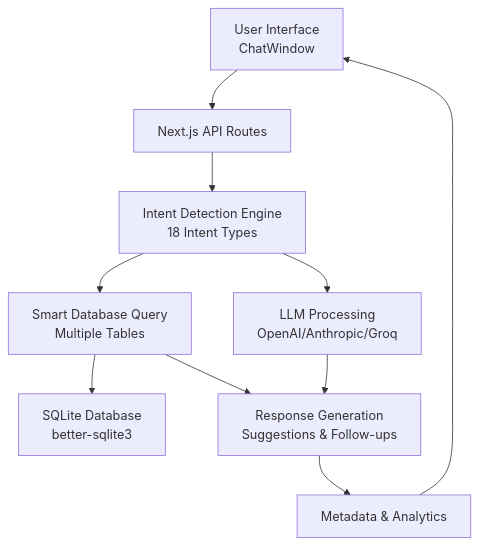
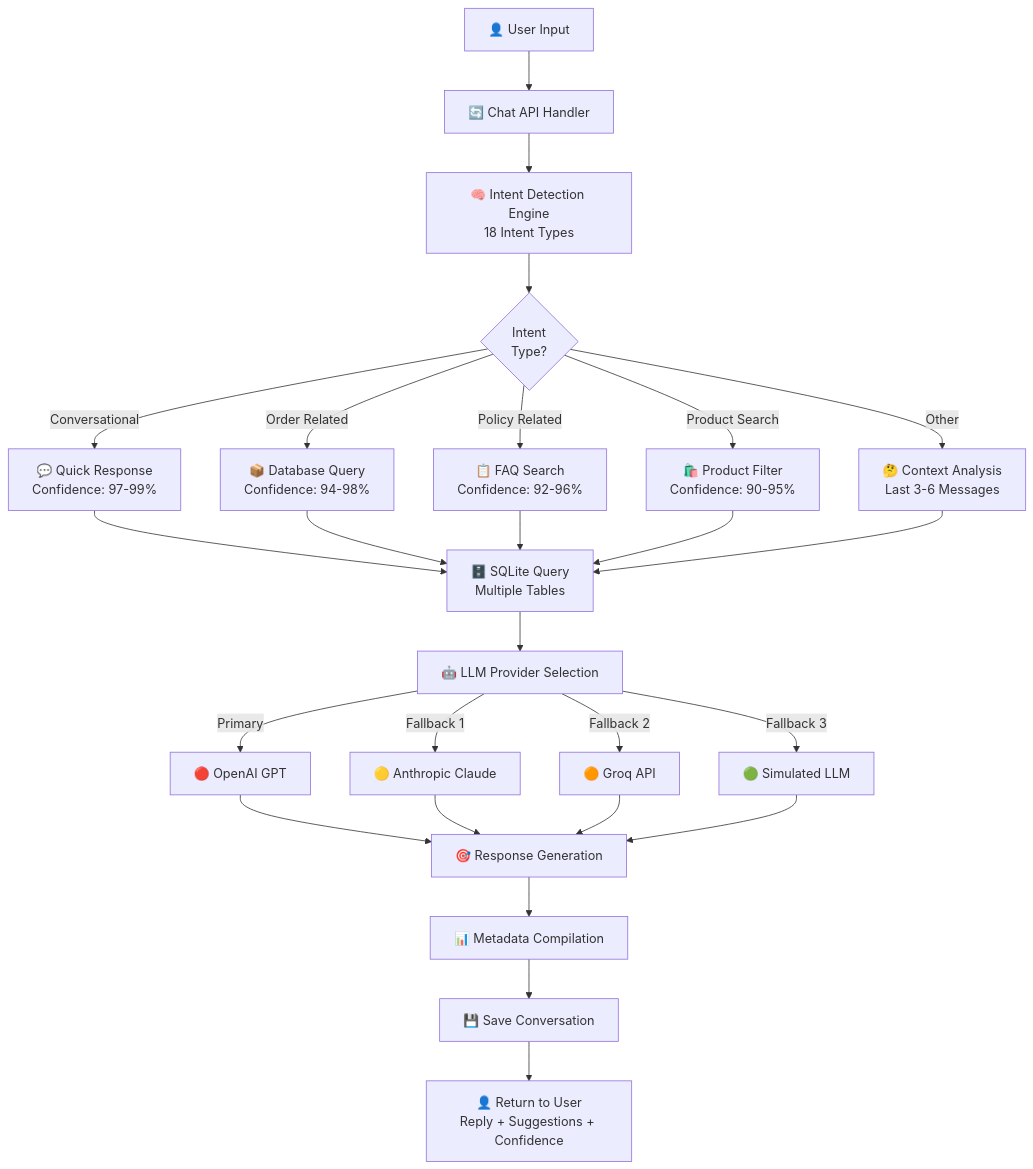
Before and after one commit to RensithUdara/Customer-Support-Chatbot: the first of 4 diagrams in README.md, drawn with Mermaid. The commit also changed other lines of this file, not shown here.

Commit message:
Implement feature X to enhance user experience and fix bug Y in module Z

````diff
--- a/README.md
+++ b/README.md
@@ -151,12 +104,33 @@
 ```mermaid
 graph TD
-    A[User Interface<br/>ChatWindow] --> B[Next.js API Routes]
-    B --> C[Intent Detection Engine<br/>18 Intent Types]
-    C --> D[Smart Database Query<br/>Multiple Tables]
-    C --> E[LLM Processing<br/>OpenAI/Anthropic/Groq]
-    D --> F[SQLite Database<br/>better-sqlite3]
-    E --> G[Response Generation<br/>Suggestions & Follow-ups]
-    D --> G
-    G --> H[Metadata & Analytics]
-    H --> A
+    A["👤 User Input"] --> B["🔄 Chat API Handler"]
+    B --> C["🧠 Intent Detection Engine<br/>18 Intent Types"]
+    C --> D{"Intent<br/>Type?"}
+    
+    D -->|Conversational| E["💬 Quick Response<br/>Confidence: 97-99%"]
+    D -->|Order Related| F["📦 Database Query<br/>Confidence: 94-98%"]
+    D -->|Policy Related| G["📋 FAQ Search<br/>Confidence: 92-96%"]
+    D -->|Product Search| H["🛍️ Product Filter<br/>Confidence: 90-95%"]
+    D -->|Other| I["🤔 Context Analysis<br/>Last 3-6 Messages"]
+    
+    E --> J["🗄️ SQLite Query<br/>Multiple Tables"]
+    F --> J
+    G --> J
+    H --> J
+    I --> J
+    
+    J --> K["🤖 LLM Provider Selection"]
+    K -->|Primary| L["🔴 OpenAI GPT"]
+    K -->|Fallback 1| M["🟡 Anthropic Claude"]
+    K -->|Fallback 2| N["🟠 Groq API"]
+    K -->|Fallback 3| O["🟢 Simulated LLM"]
+    
+    L --> P["🎯 Response Generation"]
+    M --> P
+    N --> P
+    O --> P
+    
+    P --> Q["📊 Metadata Compilation"]
+    Q --> R["💾 Save Conversation"]
+    R --> S["👤 Return to User<br/>Reply + Suggestions + Confidence"]
 ```
````
